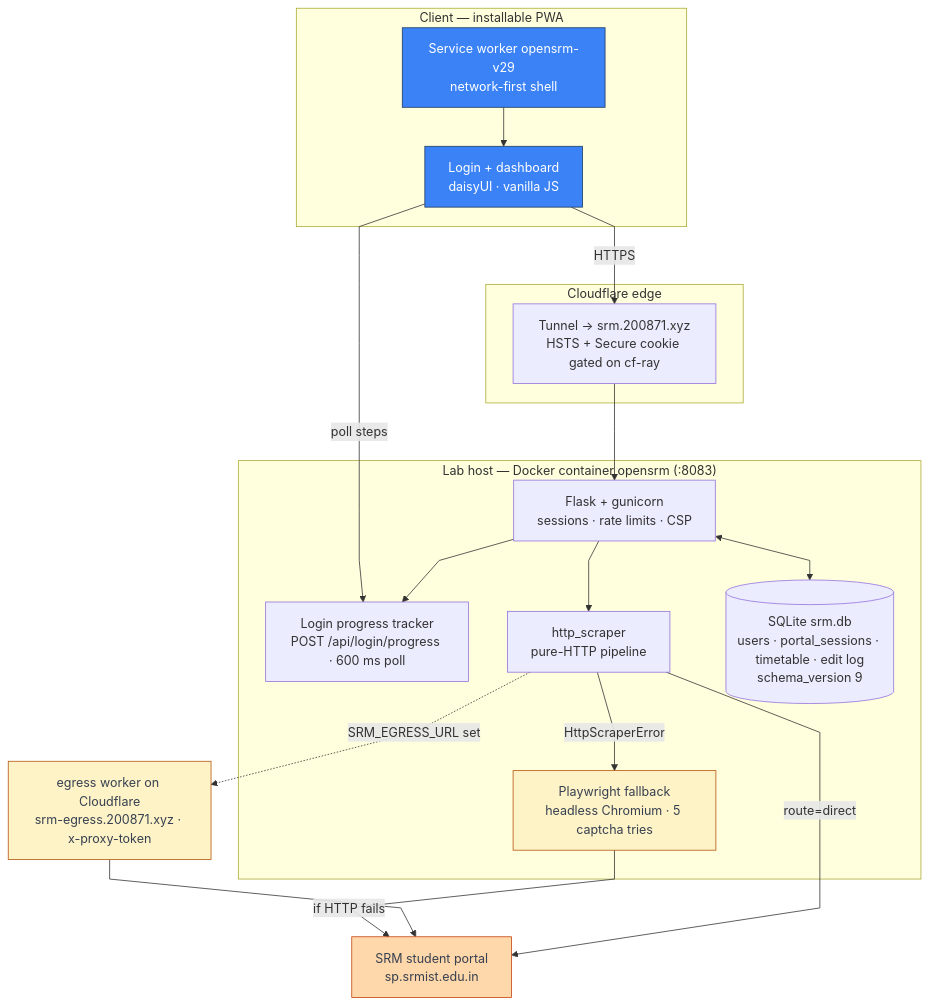
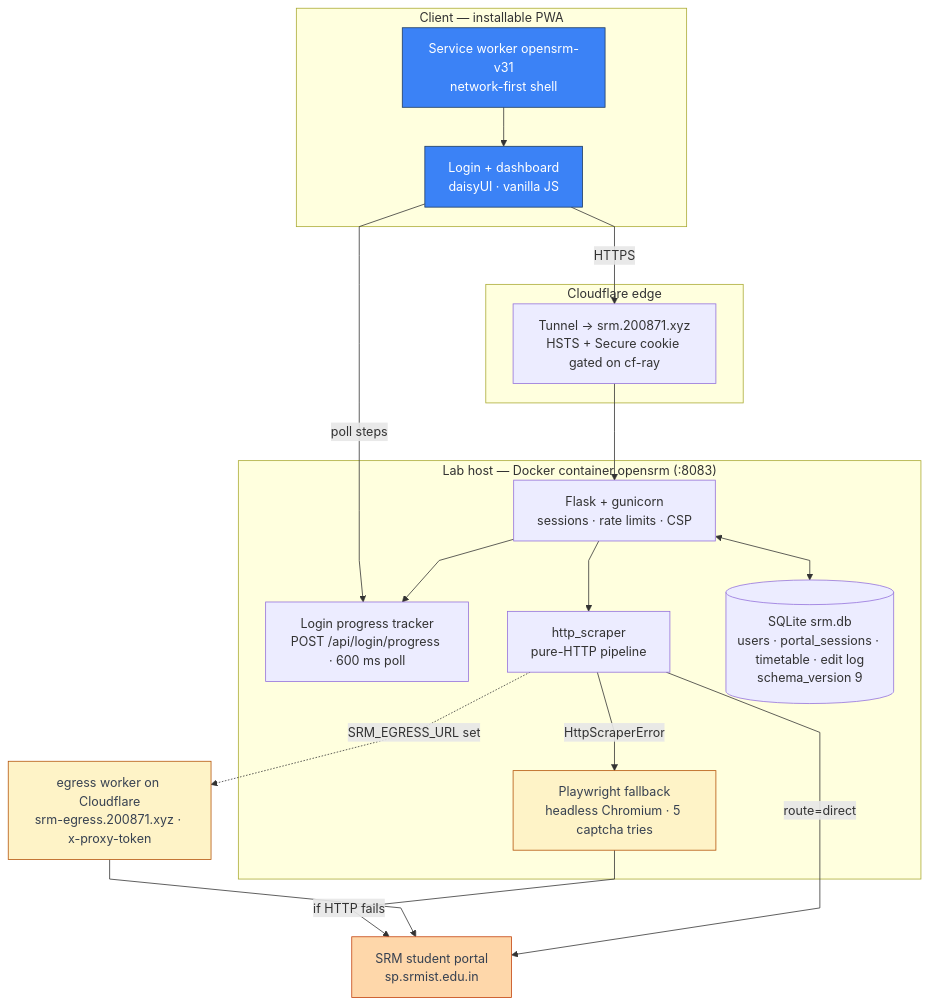
One commit to thenabbu/OpenSRM changed the first of 3 diagrams in README.md. Above: the diagram before and after it, drawn with Mermaid. The commit also changed 16 other files, not shown here.

````diff
--- a/README.md
+++ b/README.md
@@ -70,43 +70,43 @@
 ```mermaid
 %%{init: {"flowchart": {"curve": "linear"}}}%%
 flowchart TD
     subgraph client["Client — installable PWA"]
         UI["Login + dashboard<br/>daisyUI · vanilla JS"]
-        SW["Service worker opensrm-v29<br/>network-first shell"]
+        SW["Service worker opensrm-v31<br/>network-first shell"]
     end
 
     subgraph edge["Cloudflare edge"]
         TUN["Tunnel → srm.200871.xyz<br/>HSTS + Secure cookie gated on cf-ray"]
     end
 
     subgraph lab["Lab host — Docker container opensrm (:8083)"]
         FL["Flask + gunicorn<br/>sessions · rate limits · CSP"]
         PROG["Login progress tracker<br/>POST /api/login/progress · 600 ms poll"]
         HS["http_scraper<br/>pure-HTTP pipeline"]
         PW["Playwright fallback<br/>headless Chromium · 5 captcha tries"]
         DB[("SQLite srm.db<br/>users · portal_sessions · timetable · edit log<br/>schema_version 9")]
         FL --> PROG
         FL <--> DB
         FL --> HS
         HS -->|"HttpScraperError"| PW
     end
 
     EG["egress worker on Cloudflare<br/>srm-egress.200871.xyz · x-proxy-token"]
     P["SRM student portal<br/>sp.srmist.edu.in"]
 
     UI -->|"HTTPS"| TUN
     TUN --> FL
     SW --> UI
     UI -->|"poll steps"| PROG
     HS -->|"route=direct"| P
     HS -.->|"SRM_EGRESS_URL set"| EG
     EG --> P
     PW -->|"if HTTP fails"| P
 
     classDef client fill:#3b82f6,stroke:#1e3a5f,color:#ffffff
     classDef conditional fill:#fef3c7,stroke:#b45309,color:#374151
     classDef external fill:#fed7aa,stroke:#c2410c,color:#374151
     class UI,SW client
     class PW,EG conditional
     class P external
 ```
````
